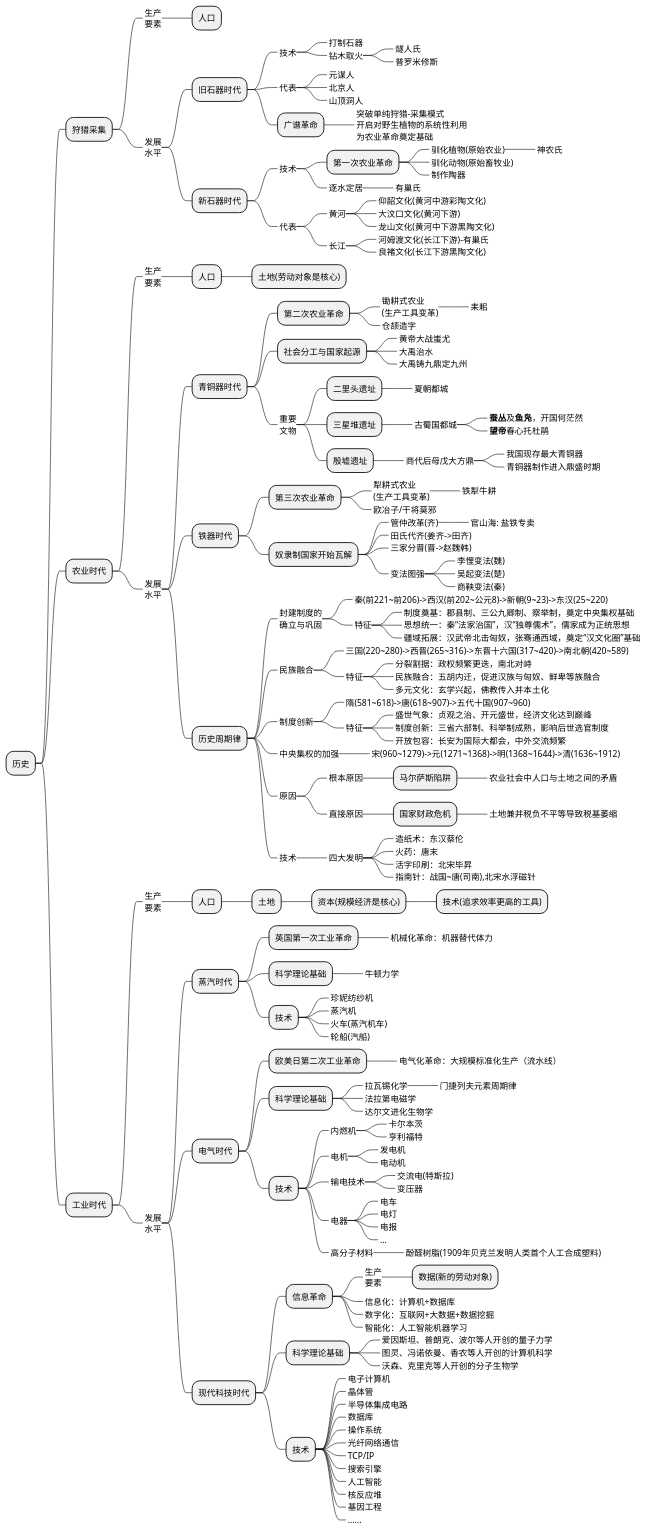
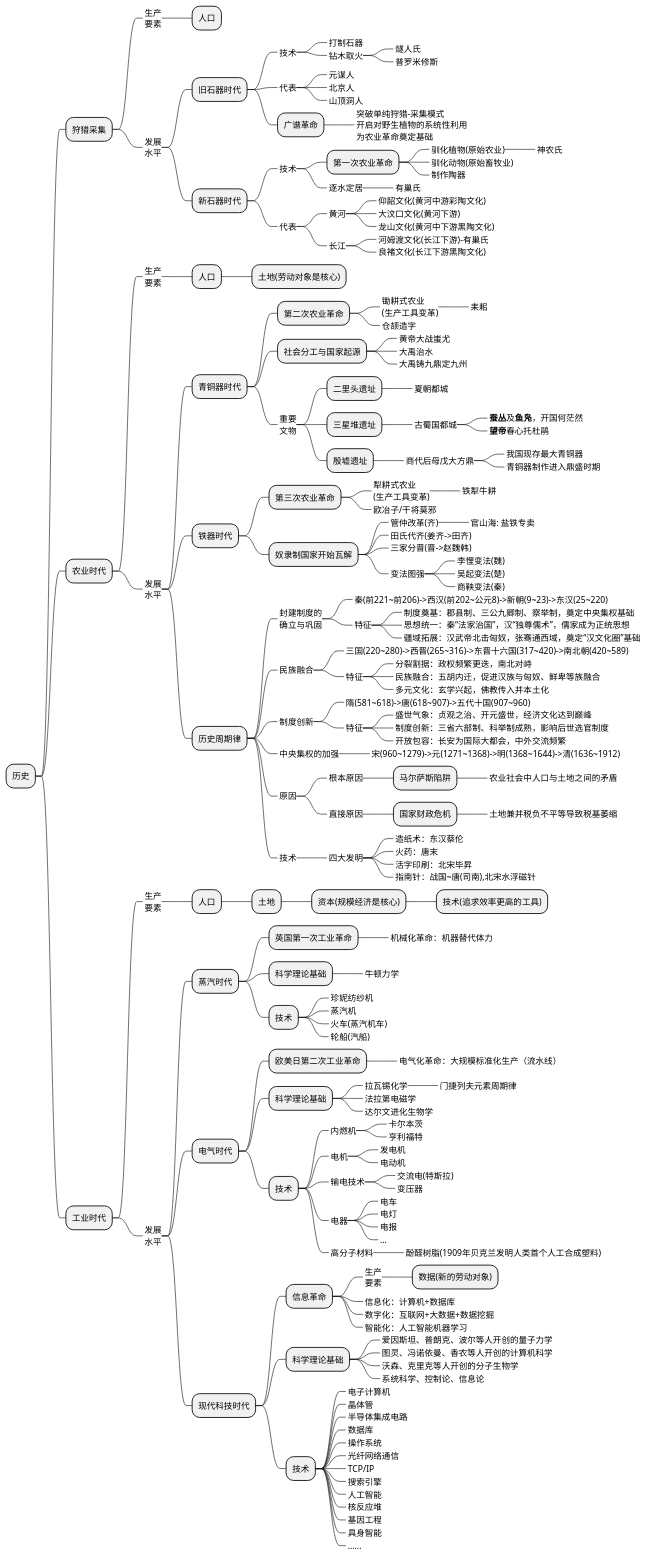
One commit to holmofy/blog.hufeifei.cn changed the first of 2 diagrams in source/_posts/economic/economic_and_history.md. Above: the diagram before and after it, drawn with PlantUML. The commit also changed other lines of this file, not shown here.

````diff
--- a/source/_posts/economic/economic_and_history.md
+++ b/source/_posts/economic/economic_and_history.md
@@ -179,6 +179,7 @@
 ++++++_ 爱因斯坦、普朗克、波尔等人开创的量子力学
 ++++++_ 图灵、冯诺依曼、香农等人开创的计算机科学
 ++++++_ 沃森、克里克等人开创的分子生物学
+++++++_ 系统科学、控制论、信息论
 +++++ 技术
 ++++++_ 电子计算机
 ++++++_ 晶体管
@@ -191,6 +192,7 @@
 ++++++_ 人工智能
 ++++++_ 核反应堆
 ++++++_ 基因工程
+++++++_ 具身智能
 ++++++_ ......
 @endmindmap
 ```
````
